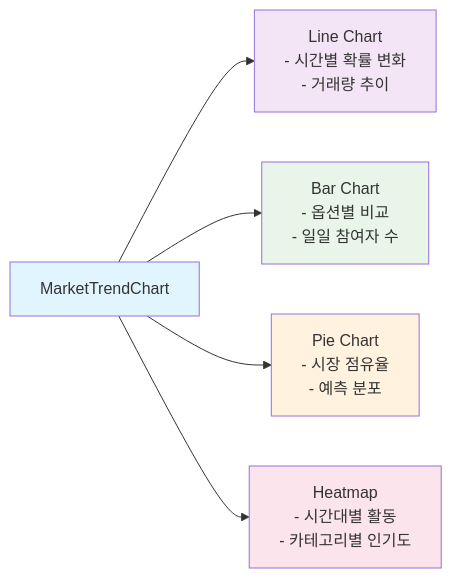
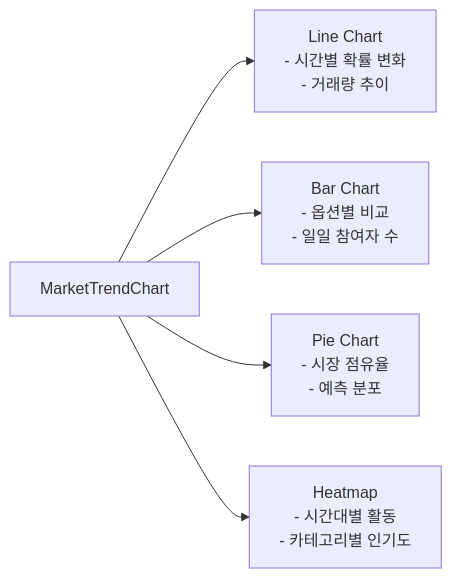
Before and after one commit to positivemultiplier/posmul: the sixth of 17 diagrams in docs/guides/prediction-frontend-implementation-plan.md, drawn with Mermaid. The commit also changed other lines of this file and 786 other files, not shown here.

````diff
--- a/docs/guides/prediction-frontend-implementation-plan.md
+++ b/docs/guides/prediction-frontend-implementation-plan.md
@@ -210,13 +210,9 @@
 ```mermaid
 graph LR
     A["MarketTrendChart"] --> B["Line Chart<br/>- 시간별 확률 변화<br/>- 거래량 추이"]
     A --> C["Bar Chart<br/>- 옵션별 비교<br/>- 일일 참여자 수"]
     A --> D["Pie Chart<br/>- 시장 점유율<br/>- 예측 분포"]
     A --> E["Heatmap<br/>- 시간대별 활동<br/>- 카테고리별 인기도"]
 
-    style A fill:#e1f5fe
-    style B fill:#f3e5f5
-    style C fill:#e8f5e8
-    style D fill:#fff3e0
-    style E fill:#fce4ec
+
 ```
````
